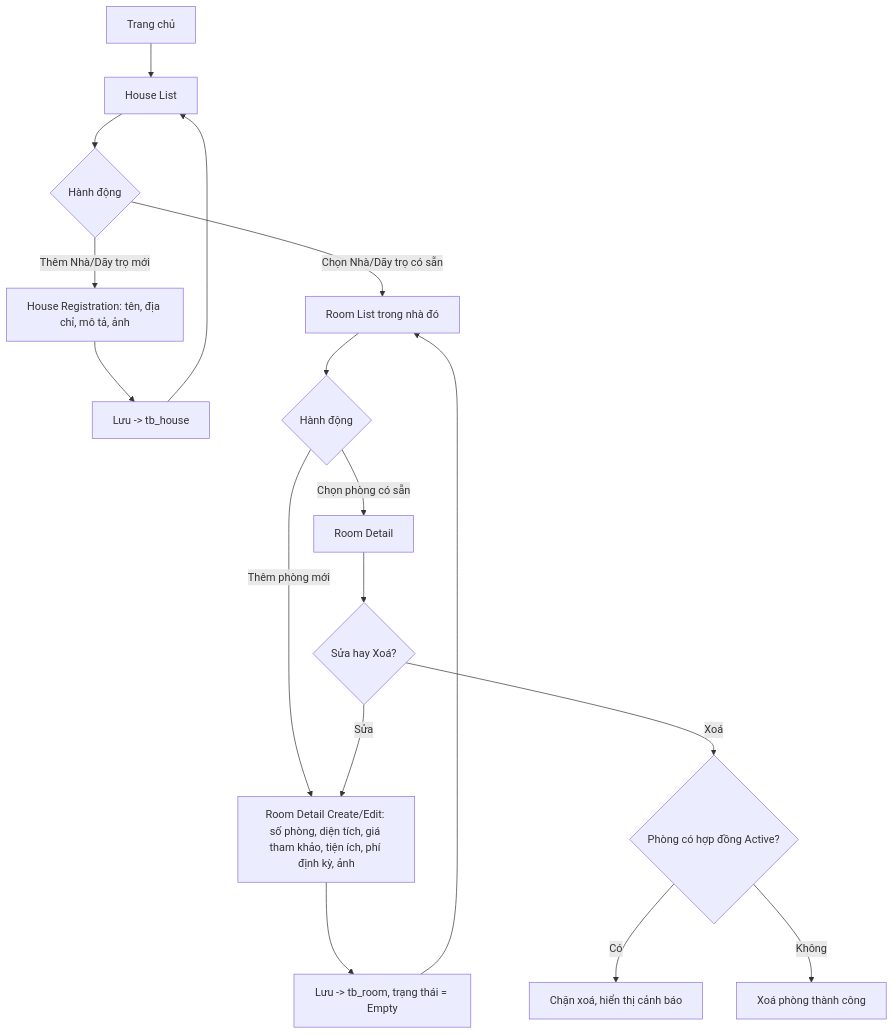
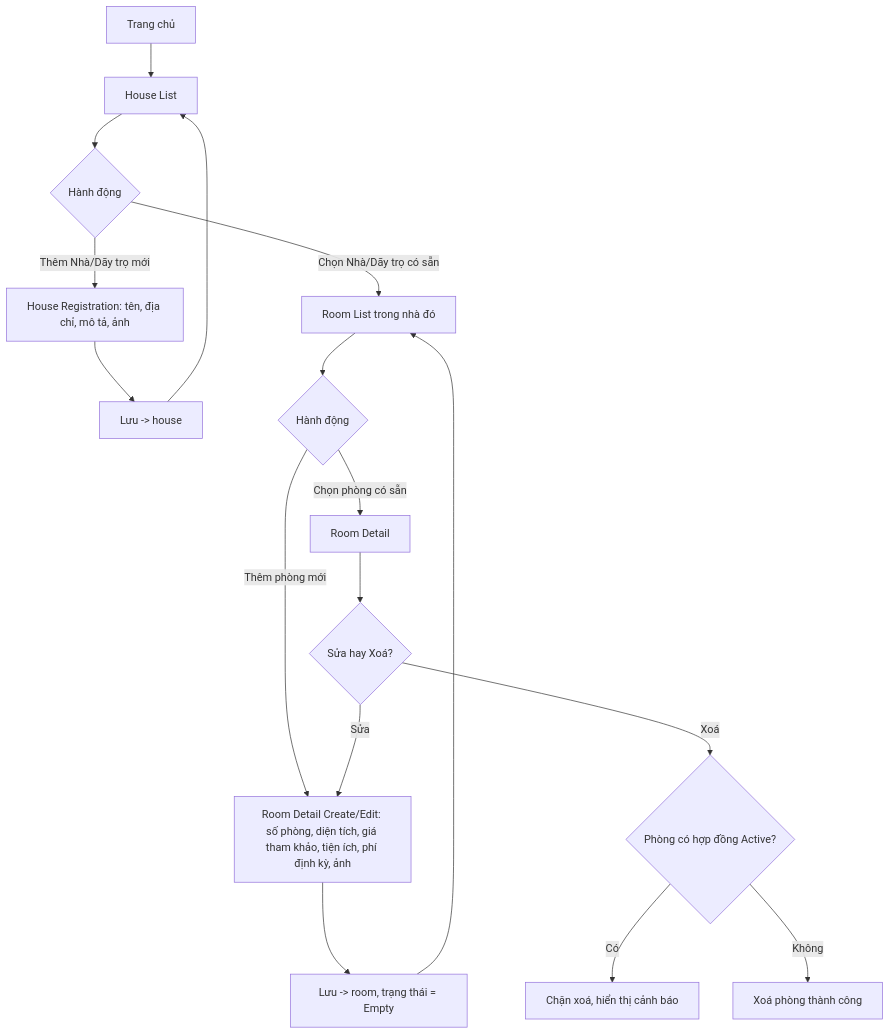
Before and after one commit to townsoft-dev/biztown-rent: the fourth of 10 diagrams in docs/USER-FLOWS.md, drawn with Mermaid. The commit also changed other lines of this file and 9 other files, not shown here.

````diff
--- a/docs/USER-FLOWS.md
+++ b/docs/USER-FLOWS.md
@@ -80,19 +80,19 @@
 ```mermaid
 flowchart TD
     A[Trang chủ] --> B[House List]
     B --> C{Hành động}
     C -- Thêm Nhà/Dãy trọ mới --> D[House Registration: tên, địa chỉ, mô tả, ảnh]
-    D --> E[Lưu -> tb_house]
+    D --> E[Lưu -> house]
     E --> B
     C -- Chọn Nhà/Dãy trọ có sẵn --> F[Room List trong nhà đó]
     F --> G{Hành động}
     G -- Thêm phòng mới --> H[Room Detail Create/Edit: số phòng, diện tích, giá tham khảo, tiện ích, phí định kỳ, ảnh]
-    H --> I[Lưu -> tb_room, trạng thái = Empty]
+    H --> I[Lưu -> room, trạng thái = Empty]
     I --> F
     G -- Chọn phòng có sẵn --> J[Room Detail]
     J --> K{Sửa hay Xoá?}
     K -- Sửa --> H
     K -- Xoá --> L{Phòng có hợp đồng Active?}
     L -- Có --> M[Chặn xoá, hiển thị cảnh báo]
     L -- Không --> N[Xoá phòng thành công]
 ```
````
